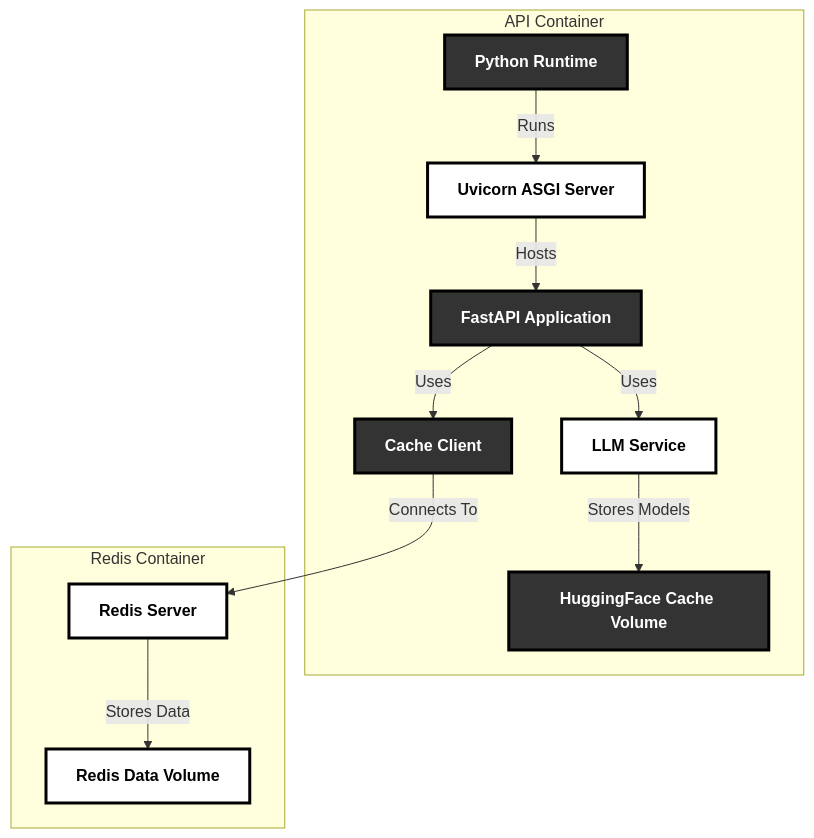
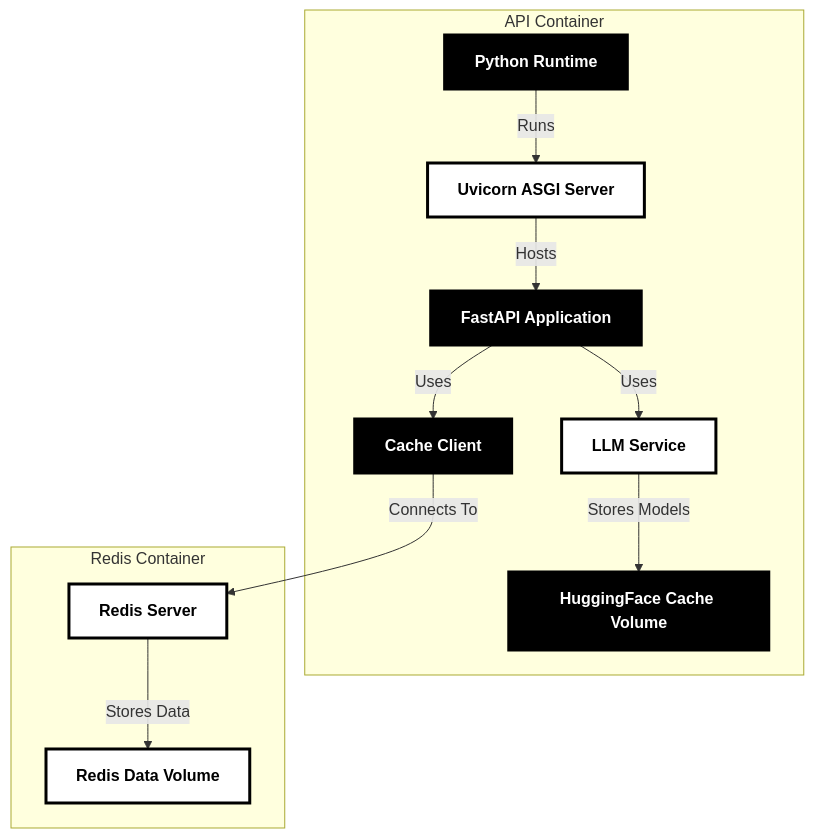
Before and after one commit to SoundMindsAI/ai_examples: the fifth of 5 diagrams in An_LLM_Query_Understanding_Service/README.md, drawn with Mermaid. The commit also changed other lines of this file, not shown here.

Commit message:
Update Mermaid diagram styles and add subgraph classes for better visualization

````diff
--- a/An_LLM_Query_Understanding_Service/README.md
+++ b/An_LLM_Query_Understanding_Service/README.md
@@ -206,25 +215,25 @@
 ```mermaid
 graph TB
     subgraph "API Container"
         Python[Python Runtime] -->|Runs| Uvicorn[Uvicorn ASGI Server]
         Uvicorn -->|Hosts| FastAPI[FastAPI Application]
         FastAPI -->|Uses| LLM[LLM Service]
         FastAPI -->|Uses| Cache[Cache Client]
         LLM -->|Stores Models| Volume1[HuggingFace Cache Volume]
     end
     
     subgraph "Redis Container"
         Redis[Redis Server] -->|Stores Data| Volume2[Redis Data Volume]
     end
     
     Cache -->|Connects To| Redis
     
-    style Python fill:#333,stroke:#000,stroke-width:3px,color:#fff,font-weight:bold
-    style Uvicorn fill:white,stroke:#000,stroke-width:3px,color:#000,font-weight:bold
-    style FastAPI fill:#333,stroke:#000,stroke-width:3px,color:#fff,font-weight:bold
-    style LLM fill:white,stroke:#000,stroke-width:3px,color:#000,font-weight:bold
-    style Cache fill:#333,stroke:#000,stroke-width:3px,color:#fff,font-weight:bold
-    style Redis fill:white,stroke:#000,stroke-width:3px,color:#000,font-weight:bold
-    style Volume1 fill:#333,stroke:#000,stroke-width:3px,color:#fff,font-weight:bold
-    style Volume2 fill:white,stroke:#000,stroke-width:3px,color:#000,font-weight:bold
+    style Python fill:black,stroke:black,stroke-width:3px,color:white,font-weight:bold
+    style Uvicorn fill:white,stroke:black,stroke-width:3px,color:black,font-weight:bold
+    style FastAPI fill:black,stroke:black,stroke-width:3px,color:white,font-weight:bold
+    style LLM fill:white,stroke:black,stroke-width:3px,color:black,font-weight:bold
+    style Cache fill:black,stroke:black,stroke-width:3px,color:white,font-weight:bold
+    style Redis fill:white,stroke:black,stroke-width:3px,color:black,font-weight:bold
+    style Volume1 fill:black,stroke:black,stroke-width:3px,color:white,font-weight:bold
+    style Volume2 fill:white,stroke:black,stroke-width:3px,color:black,font-weight:bold
 ```
````
